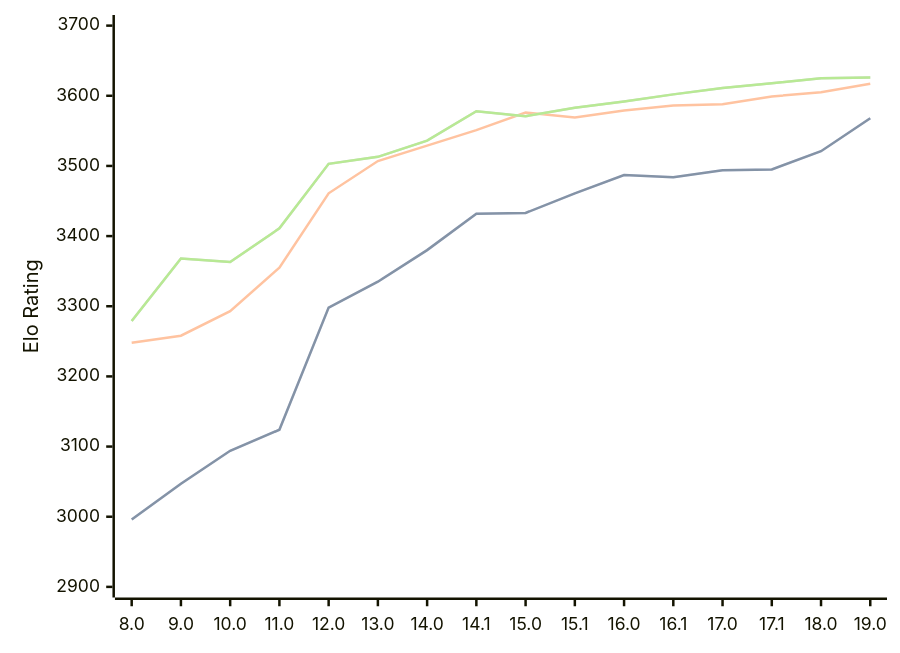
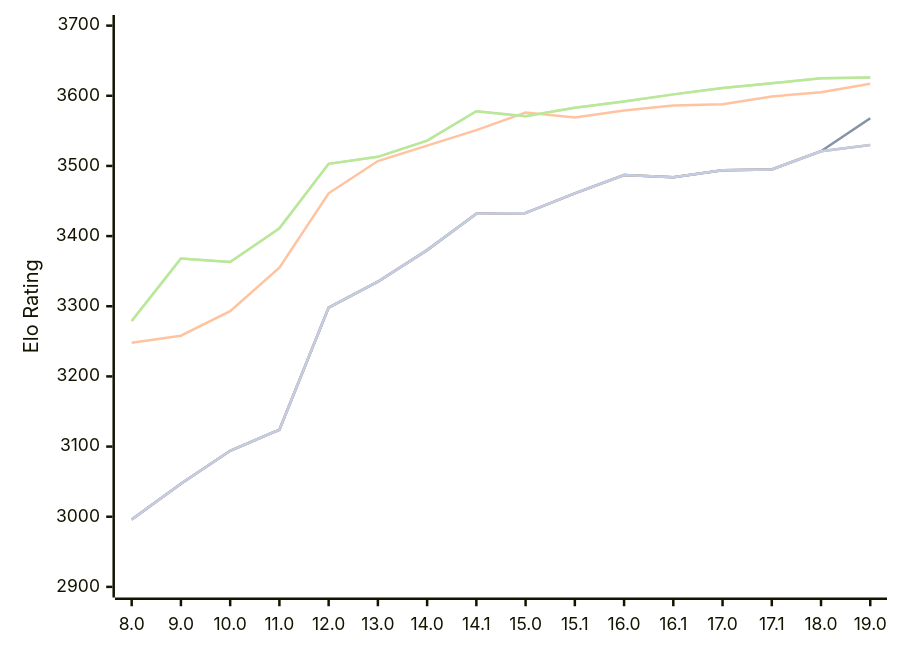
One commit to computer-chess-index/cci changed the diagram in engines/Stockfish.md. Above: the diagram before and after it, drawn with Mermaid. The commit also changed other lines of this file, not shown here.

Commit message:
Update CCI Ratings (ELO VLTC) - 2026-10-11

````diff
--- a/engines/Stockfish.md
+++ b/engines/Stockfish.md
@@ -62,16 +62,13 @@
 ```mermaid
 %%{init: {"theme":"base","themeVariables":{"seriesColors:['#a3a3a3','#222221','#faa371']}}}%%
 xychart-beta
   x-axis ["8.0", "9.0", "10.0", "11.0", "12.0", "13.0", "14.0", "14.1", "15.0", "15.1", "16.0", "16.1", "17.0", "17.1", "18.0", "19.0"]
   y-axis "Elo Rating" 2900 --> 3700
   line "" [2996, 3047, 3094, 3124, 3298, 3335, 3380, 3432, 3433, 3461, 3487, 3484, 3494, 3495, 3521, 3568]
   line "T1: STC (8.0+0.08s)" [2996, 3047, 3094, 3124, 3298, 3335, 3380, 3432, 3433, 3461, 3487, 3484, 3494, 3495, 3521, 3568]
   line "T1: LTC (60.0+0.60s)" [3248, 3258, 3293, 3355, 3461, 3507, 3529, 3551, 3576, 3569, 3579, 3586, 3588, 3599, 3605, 3617]
   line "" [3279, 3368, 3363, 3411, 3503, 3513, 3536, 3578, 3571, 3583, 3592, 3602, 3611, 3618, 3625, 3626]
   line "T1: VLTC (2m24s+1.12s)" [3279, 3368, 3363, 3411, 3503, 3513, 3536, 3578, 3571, 3583, 3592, 3602, 3611, 3618, 3625, 3626]
-  line "" [3518]
-  line "E1: STC (8.0+0.08s)" [3518]
-  line "E1: LTC (60.0+0.60s)" [3619]
-  line "" [3644]
-  line "E1: VLTC (2m24s+1.12s)" [3644]
+  line "" [2996, 3047, 3094, 3124, 3298, 3335, 3380, 3432, 3433, 3461, 3487, 3484, 3494, 3495, 3521,3530]
+  line "E1: STC (8.0+0.08s)" [2996, 3047, 3094, 3124, 3298, 3335, 3380, 3432, 3433, 3461, 3487, 3484, 3494, 3495, 3521,3530]
 ```
````
